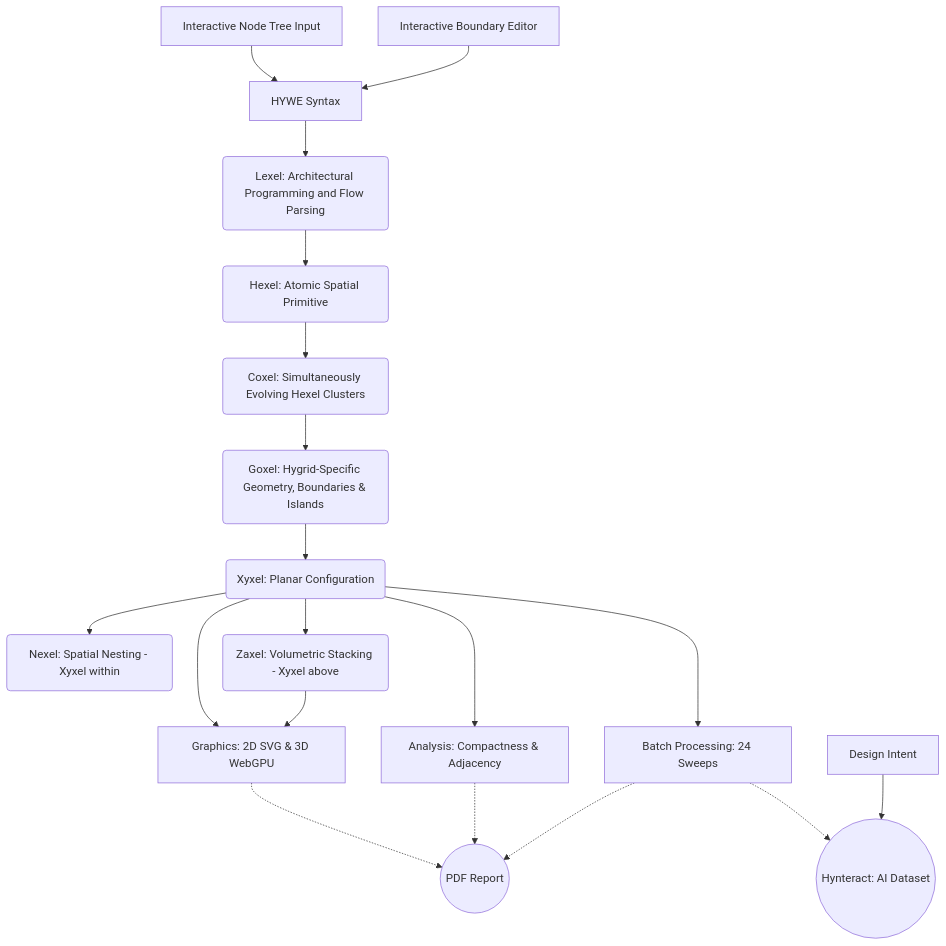
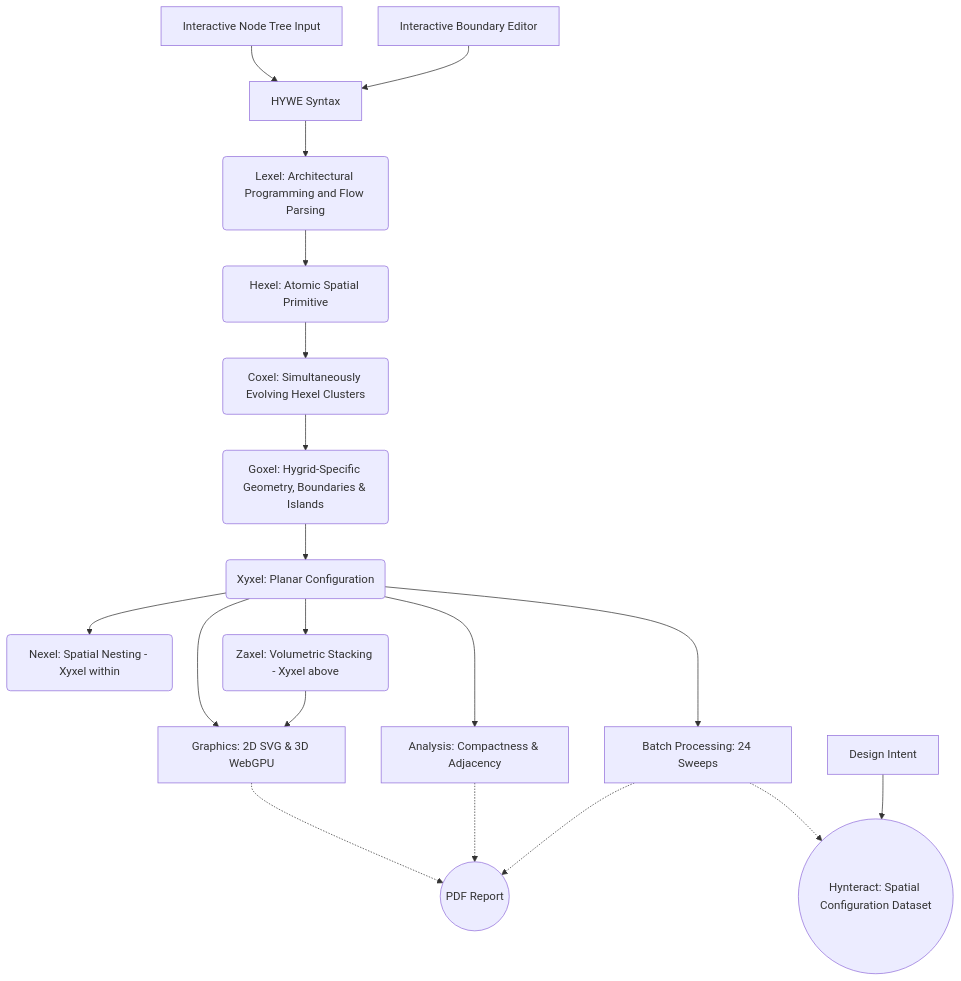
The diagram in README.md (vykrum/Hywe), drawn with Mermaid before and after one commit. The commit also changed other lines of this file, not shown here.

Commit message:
docs: align Base34 specification, fix sequence sweeps typo, and update dataset labels

````diff
--- a/README.md
+++ b/README.md
@@ -110,25 +110,25 @@
 ```mermaid
 graph TD
     A1[Interactive Node Tree Input] --> B[HYWE Syntax]
     A2[Interactive Boundary Editor] --> B[HYWE Syntax]
     B --> C(Lexel: Architectural Programming and Flow Parsing)
     C --> D(Hexel: Atomic Spatial Primitive)
     D --> E(Coxel: Simultaneously Evolving Hexel Clusters)
     E --> Gx(Goxel: Hygrid-Specific Geometry, Boundaries & Islands)
     Gx --> F(Xyxel: Planar Configuration)
     
     F --> N(Nexel: Spatial Nesting - Xyxel within)
     F --> G(Zaxel: Volumetric Stacking - Xyxel above)
     
     F --> Gr[Graphics: 2D SVG & 3D WebGPU]
     G --> Gr
     F --> H[Analysis: Compactness & Adjacency]
     F --> I[Batch Processing: 24 Sweeps]
     
     Gr -.-> ReportLabel((PDF Report))
     H -.-> ReportLabel
     I -.-> ReportLabel
     
-    I -.-> DatasetLabel((Hynteract: AI Dataset))
+    I -.-> DatasetLabel((Hynteract: Spatial Configuration Dataset))
     DesignIntent[Design Intent] --> DatasetLabel
 ```
````
